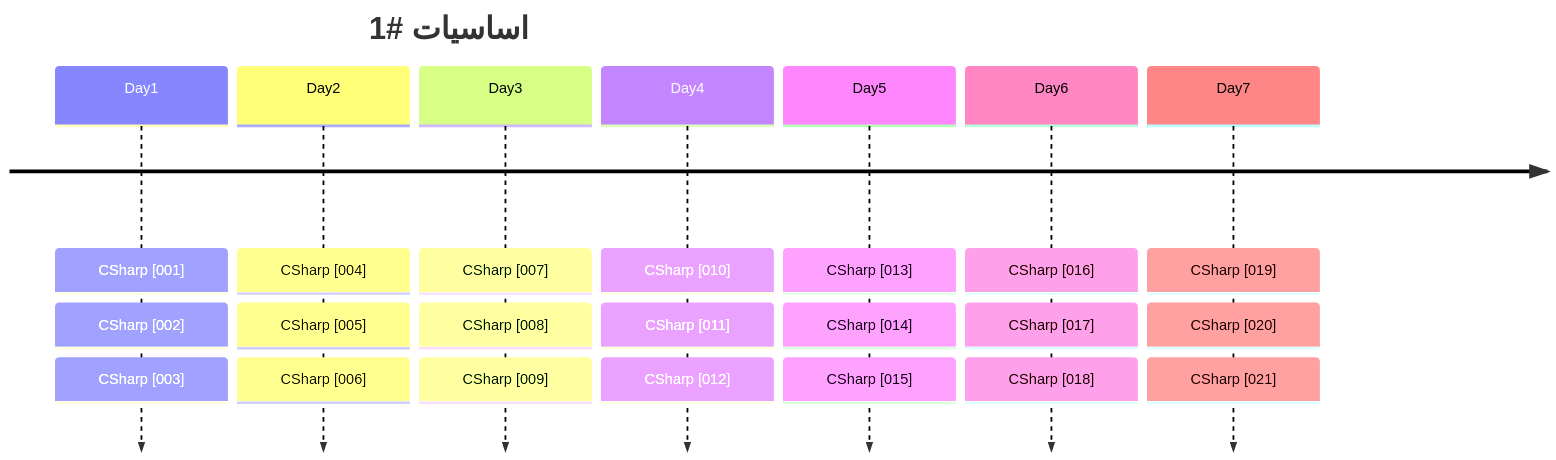
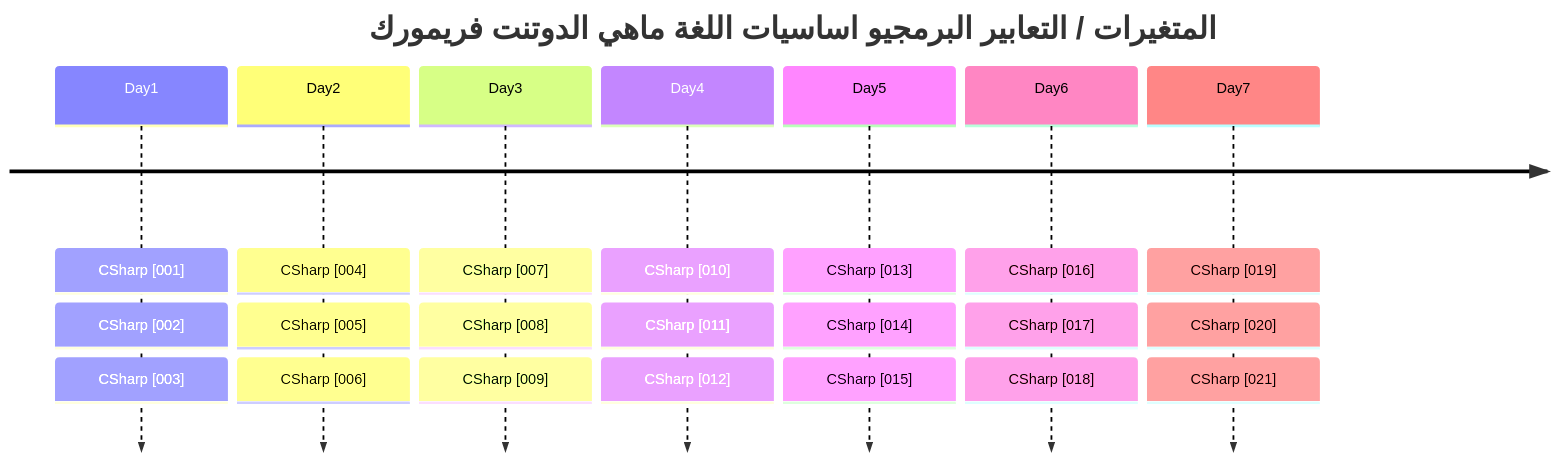
Before and after one commit to metigator/Roadmap: the first of 3 diagrams in README.md, drawn with Mermaid.

````diff
--- a/README.md
+++ b/README.md
@@ -1,25 +1,25 @@
 ```mermaid
 timeline
-    title اساسيات #1
+    title  المتغيرات / التعابير البرمجيو اساسيات اللغة ماهي الدوتنت فريمورك 
     Day1 : CSharp [001]
          : CSharp [002]
          : CSharp [003] 
     Day2 : CSharp [004]
          : CSharp [005]
          : CSharp [006] 
     Day3 : CSharp [007]
          : CSharp [008]
          : CSharp [009] 
     Day4 : CSharp [010]
          : CSharp [011]
          : CSharp [012] 
     Day5 : CSharp [013]
          : CSharp [014]
          : CSharp [015] 
     Day6 : CSharp [016]
          : CSharp [017]
          : CSharp [018] 
     Day7 : CSharp [019]
          : CSharp [020]
          : CSharp [021] 
 ```
````
